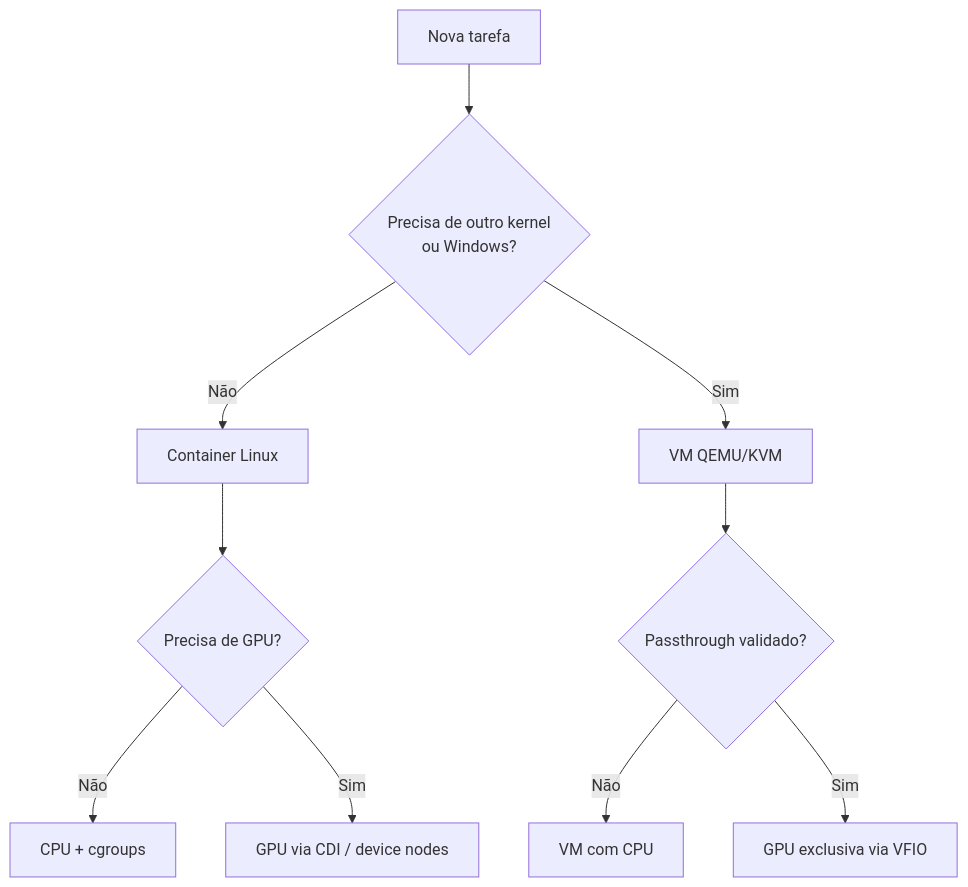
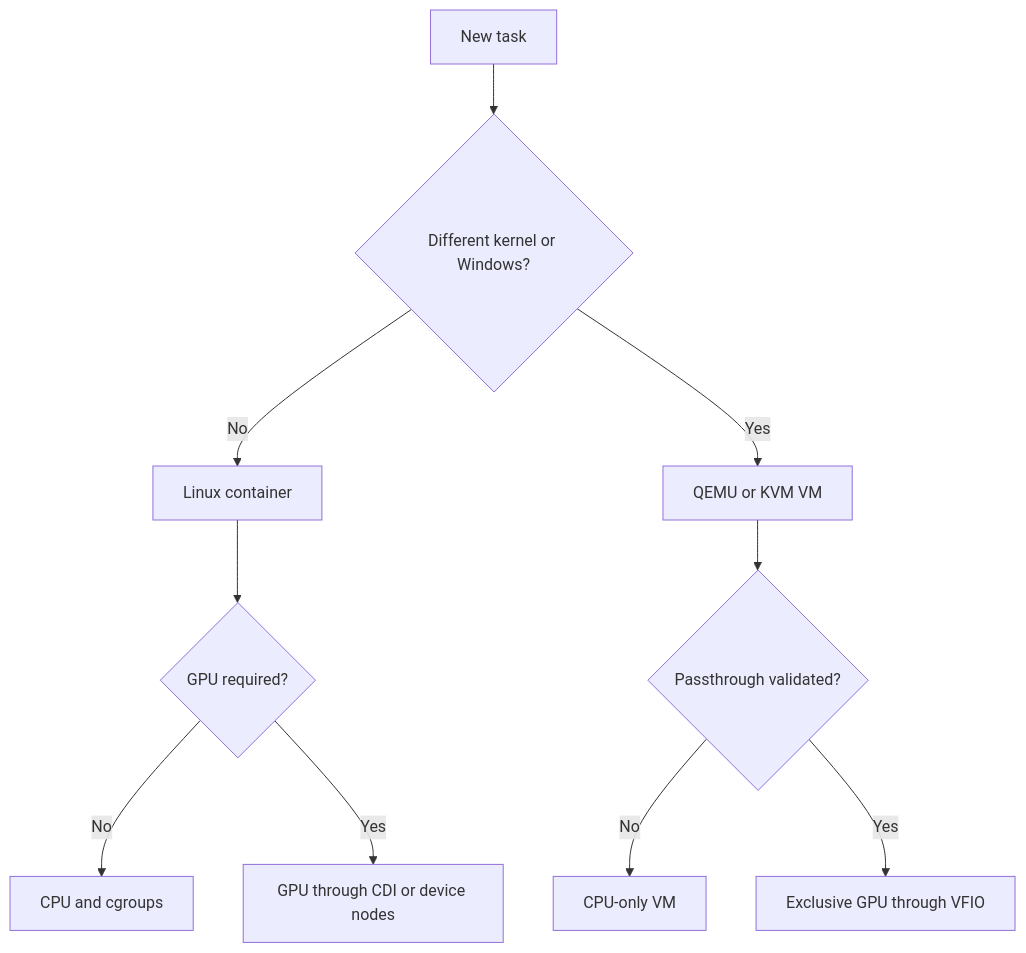
One commit to zarigata/double-agent changed the fourth of 6 diagrams in README.md. Above: the diagram before and after it, drawn with Mermaid. The commit also changed other lines of this file and 29 other files, not shown here.

````diff
--- a/README.md
+++ b/README.md
@@ -208,12 +182,12 @@
 ```mermaid
 flowchart TD
-    T[Nova tarefa] --> O{Precisa de outro kernel<br/>ou Windows?}
-    O -->|Não| C[Container Linux]
-    O -->|Sim| V[VM QEMU/KVM]
-    C --> G{Precisa de GPU?}
-    V --> P{Passthrough validado?}
-    G -->|Não| CPU[CPU + cgroups]
-    G -->|Sim| CDI[GPU via CDI / device nodes]
-    P -->|Não| VCPU[VM com CPU]
-    P -->|Sim| VFIO[GPU exclusiva via VFIO]
+    T[New task] --> O{Different kernel or Windows?}
+    O -->|No| C[Linux container]
+    O -->|Yes| V[QEMU or KVM VM]
+    C --> G{GPU required?}
+    V --> P{Passthrough validated?}
+    G -->|No| CPU[CPU and cgroups]
+    G -->|Yes| CDI[GPU through CDI or device nodes]
+    P -->|No| VCPU[CPU-only VM]
+    P -->|Yes| VFIO[Exclusive GPU through VFIO]
 ```
````
